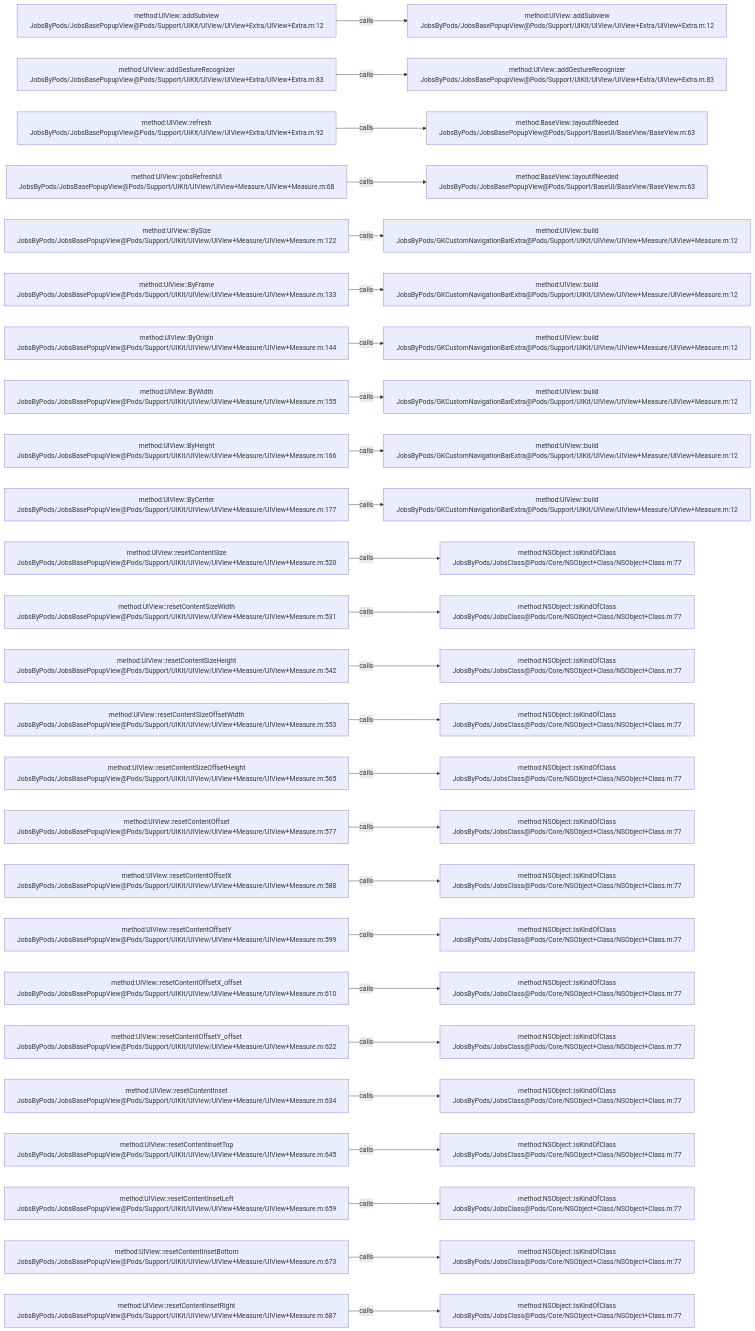
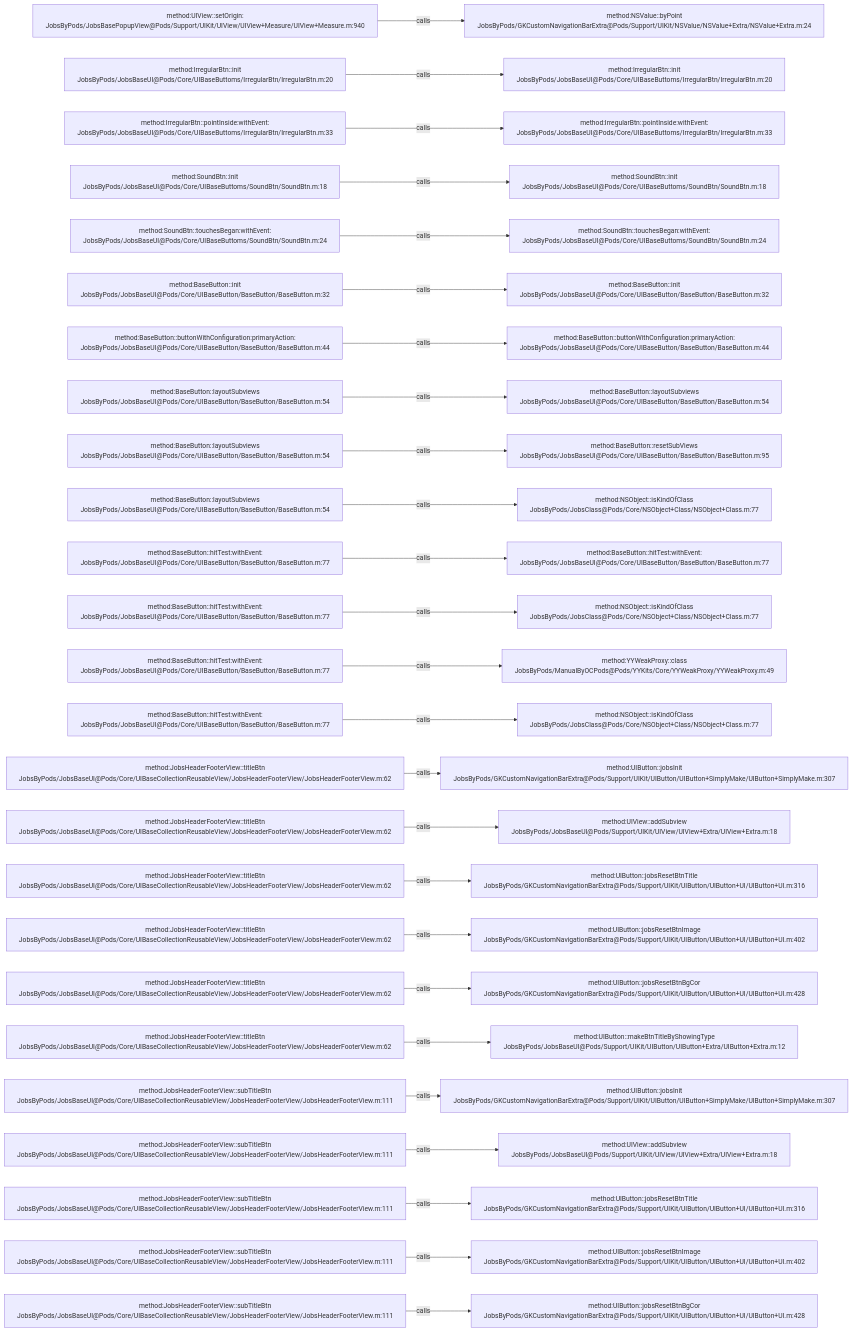
One commit to JobsKits/JobsOCBaseConfigDemo changed the diagram in .codegraph/codegraph.md/graphs/calls-026.md. Above: the diagram before and after it, drawn with Mermaid. The commit also changed 639 other files, not shown here.

````diff
--- a/.codegraph/codegraph.md/graphs/calls-026.md
+++ b/.codegraph/codegraph.md/graphs/calls-026.md
@@ -13,78 +13,78 @@
 ```mermaid
 flowchart LR
-  S1["method:UIView::addSubview<br/>JobsByPods/JobsBasePopupView@Pods/Support/UIKit/UIView/UIView+Extra/UIView+Extra.m:12"]
-  T1["method:UIView::addSubview<br/>JobsByPods/JobsBasePopupView@Pods/Support/UIKit/UIView/UIView+Extra/UIView+Extra.m:12"]
+  S1["method:UIView::setOrigin:<br/>JobsByPods/JobsBasePopupView@Pods/Support/UIKit/UIView/UIView+Measure/UIView+Measure.m:940"]
+  T1["method:NSValue::byPoint<br/>JobsByPods/GKCustomNavigationBarExtra@Pods/Support/UIKit/NSValue/NSValue+Extra/NSValue+Extra.m:24"]
   S1 -->|calls| T1
-  S2["method:UIView::addGestureRecognizer<br/>JobsByPods/JobsBasePopupView@Pods/Support/UIKit/UIView/UIView+Extra/UIView+Extra.m:83"]
-  T2["method:UIView::addGestureRecognizer<br/>JobsByPods/JobsBasePopupView@Pods/Support/UIKit/UIView/UIView+Extra/UIView+Extra.m:83"]
+  S2["method:IrregularBtn::init<br/>JobsByPods/JobsBaseUI@Pods/Core/UIBaseButtoms/IrregularBtn/IrregularBtn.m:20"]
+  T2["method:IrregularBtn::init<br/>JobsByPods/JobsBaseUI@Pods/Core/UIBaseButtoms/IrregularBtn/IrregularBtn.m:20"]
   S2 -->|calls| T2
-  S3["method:UIView::refresh<br/>JobsByPods/JobsBasePopupView@Pods/Support/UIKit/UIView/UIView+Extra/UIView+Extra.m:92"]
-  T3["method:BaseView::layoutIfNeeded<br/>JobsByPods/JobsBasePopupView@Pods/Support/BaseUI/BaseView/BaseView.m:63"]
+  S3["method:IrregularBtn::pointInside:withEvent:<br/>JobsByPods/JobsBaseUI@Pods/Core/UIBaseButtoms/IrregularBtn/IrregularBtn.m:33"]
+  T3["method:IrregularBtn::pointInside:withEvent:<br/>JobsByPods/JobsBaseUI@Pods/Core/UIBaseButtoms/IrregularBtn/IrregularBtn.m:33"]
   S3 -->|calls| T3
-  S4["method:UIView::jobsRefreshUI<br/>JobsByPods/JobsBasePopupView@Pods/Support/UIKit/UIView/UIView+Measure/UIView+Measure.m:68"]
-  T4["method:BaseView::layoutIfNeeded<br/>JobsByPods/JobsBasePopupView@Pods/Support/BaseUI/BaseView/BaseView.m:63"]
+  S4["method:SoundBtn::init<br/>JobsByPods/JobsBaseUI@Pods/Core/UIBaseButtoms/SoundBtn/SoundBtn.m:18"]
+  T4["method:SoundBtn::init<br/>JobsByPods/JobsBaseUI@Pods/Core/UIBaseButtoms/SoundBtn/SoundBtn.m:18"]
   S4 -->|calls| T4
-  S5["method:UIView::BySize<br/>JobsByPods/JobsBasePopupView@Pods/Support/UIKit/UIView/UIView+Measure/UIView+Measure.m:122"]
-  T5["method:UIView::build<br/>JobsByPods/GKCustomNavigationBarExtra@Pods/Support/UIKit/UIView/UIView+Measure/UIView+Measure.m:12"]
+  S5["method:SoundBtn::touchesBegan:withEvent:<br/>JobsByPods/JobsBaseUI@Pods/Core/UIBaseButtoms/SoundBtn/SoundBtn.m:24"]
+  T5["method:SoundBtn::touchesBegan:withEvent:<br/>JobsByPods/JobsBaseUI@Pods/Core/UIBaseButtoms/SoundBtn/SoundBtn.m:24"]
   S5 -->|calls| T5
-  S6["method:UIView::ByFrame<br/>JobsByPods/JobsBasePopupView@Pods/Support/UIKit/UIView/UIView+Measure/UIView+Measure.m:133"]
-  T6["method:UIView::build<br/>JobsByPods/GKCustomNavigationBarExtra@Pods/Support/UIKit/UIView/UIView+Measure/UIView+Measure.m:12"]
+  S6["method:BaseButton::init<br/>JobsByPods/JobsBaseUI@Pods/Core/UIBaseButton/BaseButton/BaseButton.m:32"]
+  T6["method:BaseButton::init<br/>JobsByPods/JobsBaseUI@Pods/Core/UIBaseButton/BaseButton/BaseButton.m:32"]
   S6 -->|calls| T6
-  S7["method:UIView::ByOrigin<br/>JobsByPods/JobsBasePopupView@Pods/Support/UIKit/UIView/UIView+Measure/UIView+Measure.m:144"]
-  T7["method:UIView::build<br/>JobsByPods/GKCustomNavigationBarExtra@Pods/Support/UIKit/UIView/UIView+Measure/UIView+Measure.m:12"]
+  S7["method:BaseButton::buttonWithConfiguration:primaryAction:<br/>JobsByPods/JobsBaseUI@Pods/Core/UIBaseButton/BaseButton/BaseButton.m:44"]
+  T7["method:BaseButton::buttonWithConfiguration:primaryAction:<br/>JobsByPods/JobsBaseUI@Pods/Core/UIBaseButton/BaseButton/BaseButton.m:44"]
   S7 -->|calls| T7
-  S8["method:UIView::ByWidth<br/>JobsByPods/JobsBasePopupView@Pods/Support/UIKit/UIView/UIView+Measure/UIView+Measure.m:155"]
-  T8["method:UIView::build<br/>JobsByPods/GKCustomNavigationBarExtra@Pods/Support/UIKit/UIView/UIView+Measure/UIView+Measure.m:12"]
+  S8["method:BaseButton::layoutSubviews<br/>JobsByPods/JobsBaseUI@Pods/Core/UIBaseButton/BaseButton/BaseButton.m:54"]
+  T8["method:BaseButton::layoutSubviews<br/>JobsByPods/JobsBaseUI@Pods/Core/UIBaseButton/BaseButton/BaseButton.m:54"]
   S8 -->|calls| T8
-  S9["method:UIView::ByHeight<br/>JobsByPods/JobsBasePopupView@Pods/Support/UIKit/UIView/UIView+Measure/UIView+Measure.m:166"]
-  T9["method:UIView::build<br/>JobsByPods/GKCustomNavigationBarExtra@Pods/Support/UIKit/UIView/UIView+Measure/UIView+Measure.m:12"]
+  S9["method:BaseButton::layoutSubviews<br/>JobsByPods/JobsBaseUI@Pods/Core/UIBaseButton/BaseButton/BaseButton.m:54"]
+  T9["method:BaseButton::resetSubViews<br/>JobsByPods/JobsBaseUI@Pods/Core/UIBaseButton/BaseButton/BaseButton.m:95"]
   S9 -->|calls| T9
-  S10["method:UIView::ByCenter<br/>JobsByPods/JobsBasePopupView@Pods/Support/UIKit/UIView/UIView+Measure/UIView+Measure.m:177"]
-  T10["method:UIView::build<br/>JobsByPods/GKCustomNavigationBarExtra@Pods/Support/UIKit/UIView/UIView+Measure/UIView+Measure.m:12"]
+  S10["method:BaseButton::layoutSubviews<br/>JobsByPods/JobsBaseUI@Pods/Core/UIBaseButton/BaseButton/BaseButton.m:54"]
+  T10["method:NSObject::isKindOfClass<br/>JobsByPods/JobsClass@Pods/Core/NSObject+Class/NSObject+Class.m:77"]
   S10 -->|calls| T10
-  S11["method:UIView::resetContentSize<br/>JobsByPods/JobsBasePopupView@Pods/Support/UIKit/UIView/UIView+Measure/UIView+Measure.m:520"]
-  T11["method:NSObject::isKindOfClass<br/>JobsByPods/JobsClass@Pods/Core/NSObject+Class/NSObject+Class.m:77"]
+  S11["method:BaseButton::hitTest:withEvent:<br/>JobsByPods/JobsBaseUI@Pods/Core/UIBaseButton/BaseButton/BaseButton.m:77"]
+  T11["method:BaseButton::hitTest:withEvent:<br/>JobsByPods/JobsBaseUI@Pods/Core/UIBaseButton/BaseButton/BaseButton.m:77"]
   S11 -->|calls| T11
-  S12["method:UIView::resetContentSizeWidth<br/>JobsByPods/JobsBasePopupView@Pods/Support/UIKit/UIView/UIView+Measure/UIView+Measure.m:531"]
+  S12["method:BaseButton::hitTest:withEvent:<br/>JobsByPods/JobsBaseUI@Pods/Core/UIBaseButton/BaseButton/BaseButton.m:77"]
   T12["method:NSObject::isKindOfClass<br/>JobsByPods/JobsClass@Pods/Core/NSObject+Class/NSObject+Class.m:77"]
   S12 -->|calls| T12
-  S13["method:UIView::resetContentSizeHeight<br/>JobsByPods/JobsBasePopupView@Pods/Support/UIKit/UIView/UIView+Measure/UIView+Measure.m:542"]
-  T13["method:NSObject::isKindOfClass<br/>JobsByPods/JobsClass@Pods/Core/NSObject+Class/NSObject+Class.m:77"]
+  S13["method:BaseButton::hitTest:withEvent:<br/>JobsByPods/JobsBaseUI@Pods/Core/UIBaseButton/BaseButton/BaseButton.m:77"]
+  T13["method:YYWeakProxy::class<br/>JobsByPods/ManualByOCPods@Pods/YYKits/Core/YYWeakProxy/YYWeakProxy.m:49"]
   S13 -->|calls| T13
-  S14["method:UIView::resetContentSizeOffsetWidth<br/>JobsByPods/JobsBasePopupView@Pods/Support/UIKit/UIView/UIView+Measure/UIView+Measure.m:553"]
+  S14["method:BaseButton::hitTest:withEvent:<br/>JobsByPods/JobsBaseUI@Pods/Core/UIBaseButton/BaseButton/BaseButton.m:77"]
   T14["method:NSObject::isKindOfClass<br/>JobsByPods/JobsClass@Pods/Core/NSObject+Class/NSObject+Class.m:77"]
   S14 -->|calls| T14
-  S15["method:UIView::resetContentSizeOffsetHeight<br/>JobsByPods/JobsBasePopupView@Pods/Support/UIKit/UIView/UIView+Measure/UIView+Measure.m:565"]
-  T15["method:NSObject::isKindOfClass<br/>JobsByPods/JobsClass@Pods/Core/NSObject+Class/NSObject+Class.m:77"]
+  S15["method:JobsHeaderFooterView::titleBtn<br/>JobsByPods/JobsBaseUI@Pods/Core/UIBaseCollectionReusableView/JobsHeaderFooterView/JobsHeaderFooterView.m:62"]
+  T15["method:UIButton::jobsInit<br/>JobsByPods/GKCustomNavigationBarExtra@Pods/Support/UIKit/UIButton/UIButton+SimplyMake/UIButton+SimplyMake.m:307"]
   S15 -->|calls| T15
-  S16["method:UIView::resetContentOffset<br/>JobsByPods/JobsBasePopupView@Pods/Support/UIKit/UIView/UIView+Measure/UIView+Measure.m:577"]
-  T16["method:NSObject::isKindOfClass<br/>JobsByPods/JobsClass@Pods/Core/NSObject+Class/NSObject+Class.m:77"]
+  S16["method:JobsHeaderFooterView::titleBtn<br/>JobsByPods/JobsBaseUI@Pods/Core/UIBaseCollectionReusableView/JobsHeaderFooterView/JobsHeaderFooterView.m:62"]
+  T16["method:UIView::addSubview<br/>JobsByPods/JobsBaseUI@Pods/Support/UIKit/UIView/UIView+Extra/UIView+Extra.m:18"]
   S16 -->|calls| T16
-  S17["method:UIView::resetContentOffsetX<br/>JobsByPods/JobsBasePopupView@Pods/Support/UIKit/UIView/UIView+Measure/UIView+Measure.m:588"]
-  T17["method:NSObject::isKindOfClass<br/>JobsByPods/JobsClass@Pods/Core/NSObject+Class/NSObject+Class.m:77"]
+  S17["method:JobsHeaderFooterView::titleBtn<br/>JobsByPods/JobsBaseUI@Pods/Core/UIBaseCollectionReusableView/JobsHeaderFooterView/JobsHeaderFooterView.m:62"]
+  T17["method:UIButton::jobsResetBtnTitle<br/>JobsByPods/GKCustomNavigationBarExtra@Pods/Support/UIKit/UIButton/UIButton+UI/UIButton+UI.m:316"]
   S17 -->|calls| T17
-  S18["method:UIView::resetContentOffsetY<br/>JobsByPods/JobsBasePopupView@Pods/Support/UIKit/UIView/UIView+Measure/UIView+Measure.m:599"]
-  T18["method:NSObject::isKindOfClass<br/>JobsByPods/JobsClass@Pods/Core/NSObject+Class/NSObject+Class.m:77"]
+  S18["method:JobsHeaderFooterView::titleBtn<br/>JobsByPods/JobsBaseUI@Pods/Core/UIBaseCollectionReusableView/JobsHeaderFooterView/JobsHeaderFooterView.m:62"]
+  T18["method:UIButton::jobsResetBtnImage<br/>JobsByPods/GKCustomNavigationBarExtra@Pods/Support/UIKit/UIButton/UIButton+UI/UIButton+UI.m:402"]
   S18 -->|calls| T18
-  S19["method:UIView::resetContentOffsetX_offset<br/>JobsByPods/JobsBasePopupView@Pods/Support/UIKit/UIView/UIView+Measure/UIView+Measure.m:610"]
-  T19["method:NSObject::isKindOfClass<br/>JobsByPods/JobsClass@Pods/Core/NSObject+Class/NSObject+Class.m:77"]
+  S19["method:JobsHeaderFooterView::titleBtn<br/>JobsByPods/JobsBaseUI@Pods/Core/UIBaseCollectionReusableView/JobsHeaderFooterView/JobsHeaderFooterView.m:62"]
+  T19["method:UIButton::jobsResetBtnBgCor<br/>JobsByPods/GKCustomNavigationBarExtra@Pods/Support/UIKit/UIButton/UIButton+UI/UIButton+UI.m:428"]
   S19 -->|calls| T19
-  S20["method:UIView::resetContentOffsetY_offset<br/>JobsByPods/JobsBasePopupView@Pods/Support/UIKit/UIView/UIView+Measure/UIView+Measure.m:622"]
-  T20["method:NSObject::isKindOfClass<br/>JobsByPods/JobsClass@Pods/Core/NSObject+Class/NSObject+Class.m:77"]
+  S20["method:JobsHeaderFooterView::titleBtn<br/>JobsByPods/JobsBaseUI@Pods/Core/UIBaseCollectionReusableView/JobsHeaderFooterView/JobsHeaderFooterView.m:62"]
+  T20["method:UIButton::makeBtnTitleByShowingType<br/>JobsByPods/JobsBaseUI@Pods/Support/UIKit/UIButton/UIButton+Extra/UIButton+Extra.m:12"]
   S20 -->|calls| T20
-  S21["method:UIView::resetContentInset<br/>JobsByPods/JobsBasePopupView@Pods/Support/UIKit/UIView/UIView+Measure/UIView+Measure.m:634"]
-  T21["method:NSObject::isKindOfClass<br/>JobsByPods/JobsClass@Pods/Core/NSObject+Class/NSObject+Class.m:77"]
+  S21["method:JobsHeaderFooterView::subTitleBtn<br/>JobsByPods/JobsBaseUI@Pods/Core/UIBaseCollectionReusableView/JobsHeaderFooterView/JobsHeaderFooterView.m:111"]
+  T21["method:UIButton::jobsInit<br/>JobsByPods/GKCustomNavigationBarExtra@Pods/Support/UIKit/UIButton/UIButton+SimplyMake/UIButton+SimplyMake.m:307"]
   S21 -->|calls| T21
-  S22["method:UIView::resetContentInsetTop<br/>JobsByPods/JobsBasePopupView@Pods/Support/UIKit/UIView/UIView+Measure/UIView+Measure.m:645"]
-  T22["method:NSObject::isKindOfClass<br/>JobsByPods/JobsClass@Pods/Core/NSObject+Class/NSObject+Class.m:77"]
+  S22["method:JobsHeaderFooterView::subTitleBtn<br/>JobsByPods/JobsBaseUI@Pods/Core/UIBaseCollectionReusableView/JobsHeaderFooterView/JobsHeaderFooterView.m:111"]
+  T22["method:UIView::addSubview<br/>JobsByPods/JobsBaseUI@Pods/Support/UIKit/UIView/UIView+Extra/UIView+Extra.m:18"]
   S22 -->|calls| T22
-  S23["method:UIView::resetContentInsetLeft<br/>JobsByPods/JobsBasePopupView@Pods/Support/UIKit/UIView/UIView+Measure/UIView+Measure.m:659"]
-  T23["method:NSObject::isKindOfClass<br/>JobsByPods/JobsClass@Pods/Core/NSObject+Class/NSObject+Class.m:77"]
+  S23["method:JobsHeaderFooterView::subTitleBtn<br/>JobsByPods/JobsBaseUI@Pods/Core/UIBaseCollectionReusableView/JobsHeaderFooterView/JobsHeaderFooterView.m:111"]
+  T23["method:UIButton::jobsResetBtnTitle<br/>JobsByPods/GKCustomNavigationBarExtra@Pods/Support/UIKit/UIButton/UIButton+UI/UIButton+UI.m:316"]
   S23 -->|calls| T23
-  S24["method:UIView::resetContentInsetBottom<br/>JobsByPods/JobsBasePopupView@Pods/Support/UIKit/UIView/UIView+Measure/UIView+Measure.m:673"]
-  T24["method:NSObject::isKindOfClass<br/>JobsByPods/JobsClass@Pods/Core/NSObject+Class/NSObject+Class.m:77"]
+  S24["method:JobsHeaderFooterView::subTitleBtn<br/>JobsByPods/JobsBaseUI@Pods/Core/UIBaseCollectionReusableView/JobsHeaderFooterView/JobsHeaderFooterView.m:111"]
+  T24["method:UIButton::jobsResetBtnImage<br/>JobsByPods/GKCustomNavigationBarExtra@Pods/Support/UIKit/UIButton/UIButton+UI/UIButton+UI.m:402"]
   S24 -->|calls| T24
-  S25["method:UIView::resetContentInsetRight<br/>JobsByPods/JobsBasePopupView@Pods/Support/UIKit/UIView/UIView+Measure/UIView+Measure.m:687"]
-  T25["method:NSObject::isKindOfClass<br/>JobsByPods/JobsClass@Pods/Core/NSObject+Class/NSObject+Class.m:77"]
+  S25["method:JobsHeaderFooterView::subTitleBtn<br/>JobsByPods/JobsBaseUI@Pods/Core/UIBaseCollectionReusableView/JobsHeaderFooterView/JobsHeaderFooterView.m:111"]
+  T25["method:UIButton::jobsResetBtnBgCor<br/>JobsByPods/GKCustomNavigationBarExtra@Pods/Support/UIKit/UIButton/UIButton+UI/UIButton+UI.m:428"]
   S25 -->|calls| T25
 ```
````
